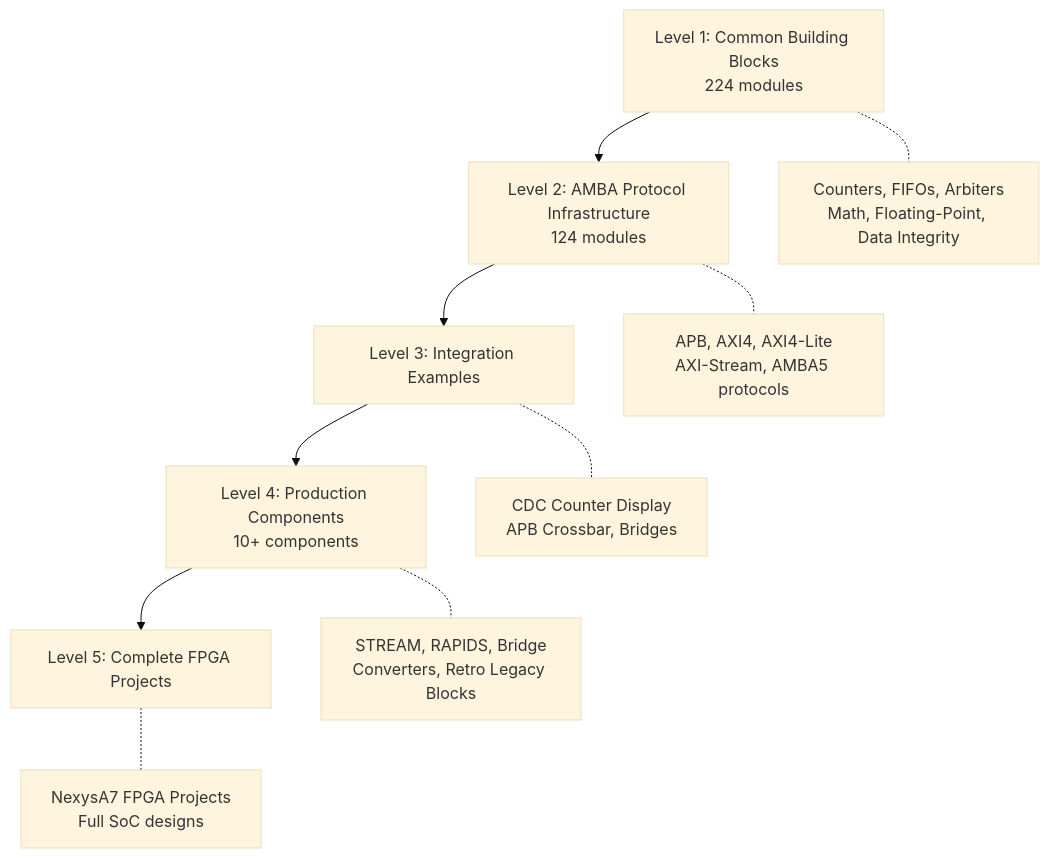
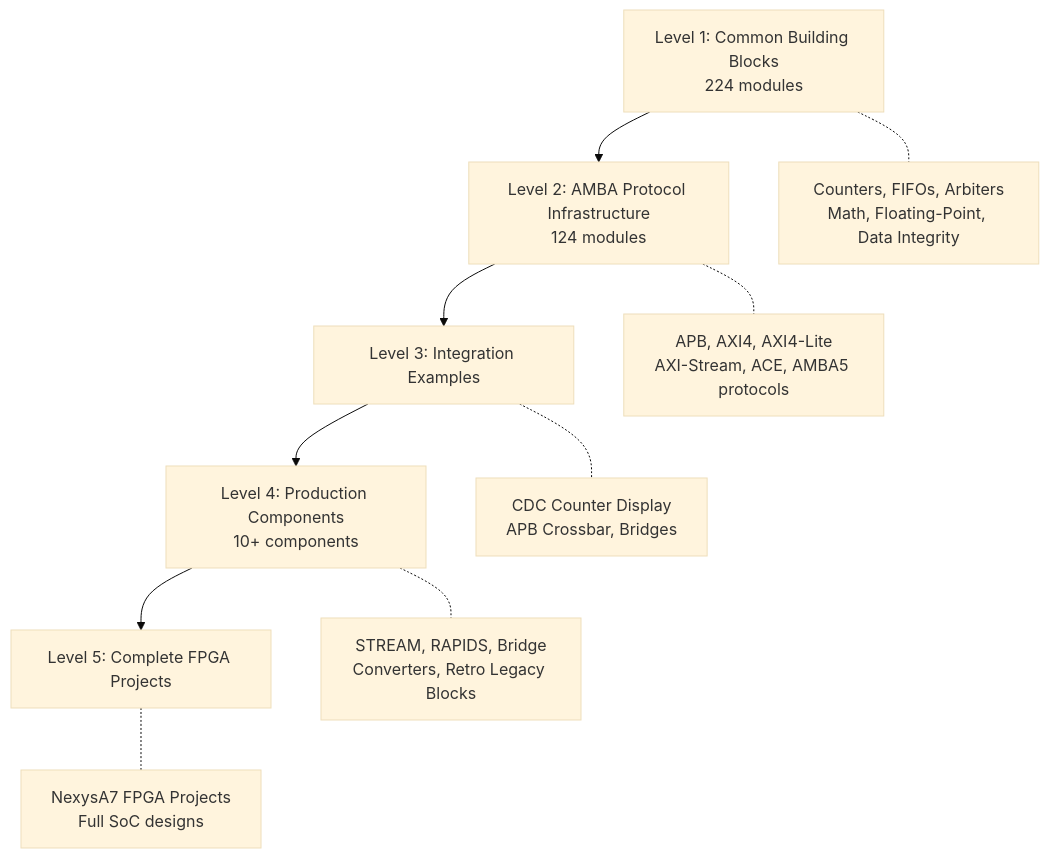
One commit to sean-galloway/RTLDesignSherpa changed the diagram in docs/markdown/overview.md. Above: the diagram before and after it, drawn with Mermaid (base theme). The commit also changed other lines of this file and 71 other files, not shown here.

Commit message:
feat(amba): AXI4-ACE family — RTL (master/slave rd/wr, snoop master/slave, monlites, snoop monitor), filelists, 13 val grids (FULL 207/207), TB classes, docs + PDF — pairs with cocotb-framework 1.2.0

````diff
--- a/docs/markdown/overview.md
+++ b/docs/markdown/overview.md
@@ -66,13 +66,13 @@
 ```mermaid
 graph TD
     L1[Level 1: Common Building Blocks<br/>224 modules] --> L2[Level 2: AMBA Protocol Infrastructure<br/>124 modules]
     L2 --> L3[Level 3: Integration Examples]
     L3 --> L4[Level 4: Production Components<br/>10+ components]
     L4 --> L5[Level 5: Complete FPGA Projects]
 
     L1 -.- L1D[Counters, FIFOs, Arbiters<br/>Math, Floating-Point, Data Integrity]
-    L2 -.- L2D[APB, AXI4, AXI4-Lite<br/>AXI-Stream, AMBA5 protocols]
+    L2 -.- L2D[APB, AXI4, AXI4-Lite<br/>AXI-Stream, ACE, AMBA5 protocols]
     L3 -.- L3D[CDC Counter Display<br/>APB Crossbar, Bridges]
     L4 -.- L4D[STREAM, RAPIDS, Bridge<br/>Converters, Retro Legacy Blocks]
     L5 -.- L5D[NexysA7 FPGA Projects<br/>Full SoC designs]
 ```
````
